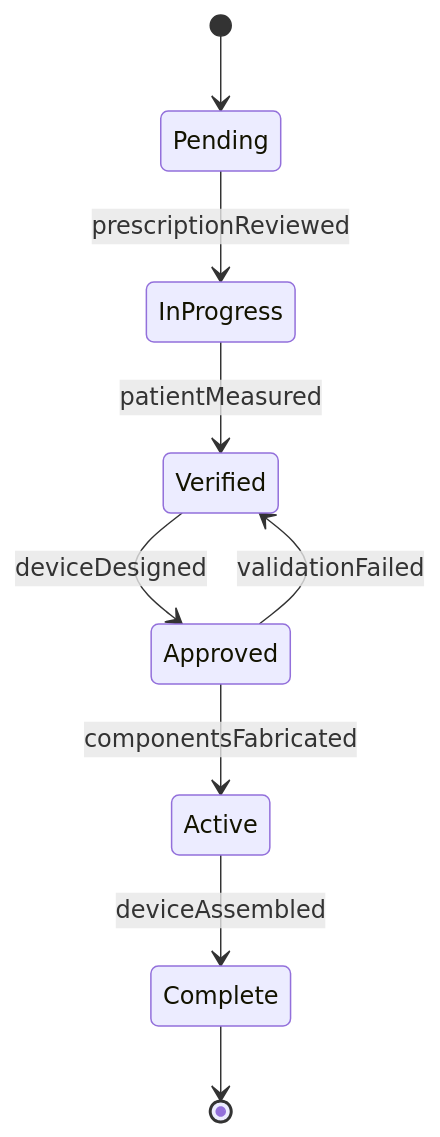
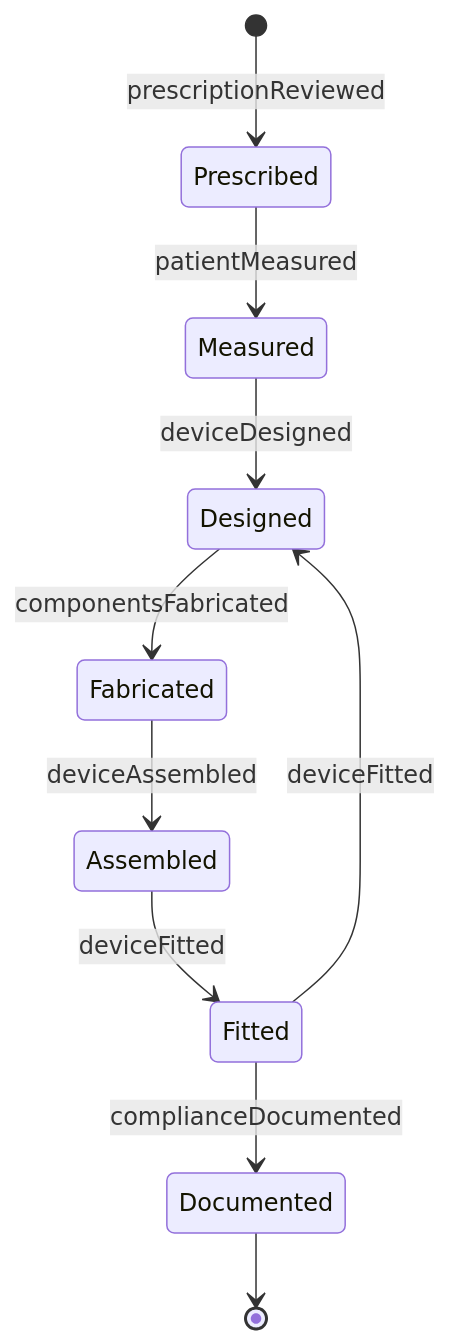
Before and after one commit to dot-org-ai/tasks.org.ai: the second of 4 diagrams in HandlingAndMovingObjects/FabricateMedicalDevices/MakePatient-assistiveDevicesDeviceModels.mdx, drawn with Mermaid. The commit also changed other lines of this file and 515 other files, not shown here.

````diff
--- a/HandlingAndMovingObjects/FabricateMedicalDevices/MakePatient-assistiveDevicesDeviceModels.mdx
+++ b/HandlingAndMovingObjects/FabricateMedicalDevices/MakePatient-assistiveDevicesDeviceModels.mdx
@@ -101,11 +102,12 @@
 ```mermaid
 stateDiagram-v2
-    [*] --> Pending
-    Pending --> InProgress : prescriptionReviewed
-    InProgress --> Verified : patientMeasured
-    Verified --> Approved : deviceDesigned
-    Approved --> Active : componentsFabricated
-    Active --> Complete : deviceAssembled
-    Approved --> Verified : validationFailed
-    Complete --> [*]
+    [*] --> Prescribed : prescriptionReviewed
+    Prescribed --> Measured : patientMeasured
+    Measured --> Designed : deviceDesigned
+    Designed --> Fabricated : componentsFabricated
+    Fabricated --> Assembled : deviceAssembled
+    Assembled --> Fitted : deviceFitted
+    Fitted --> Documented : complianceDocumented
+    Fitted --> Designed : deviceFitted
+    Documented --> [*]
 ```
````
